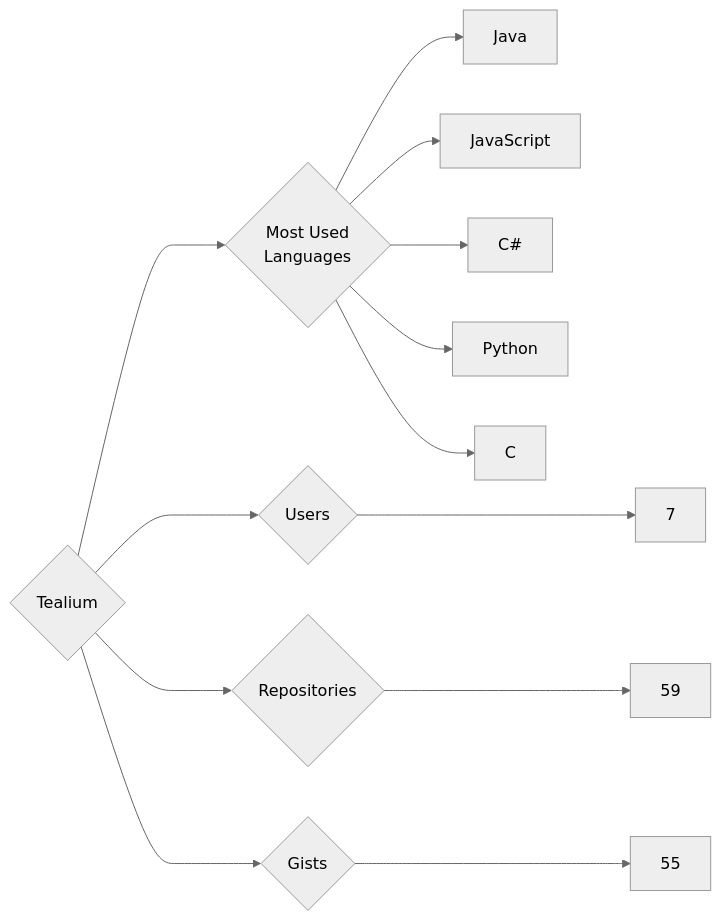
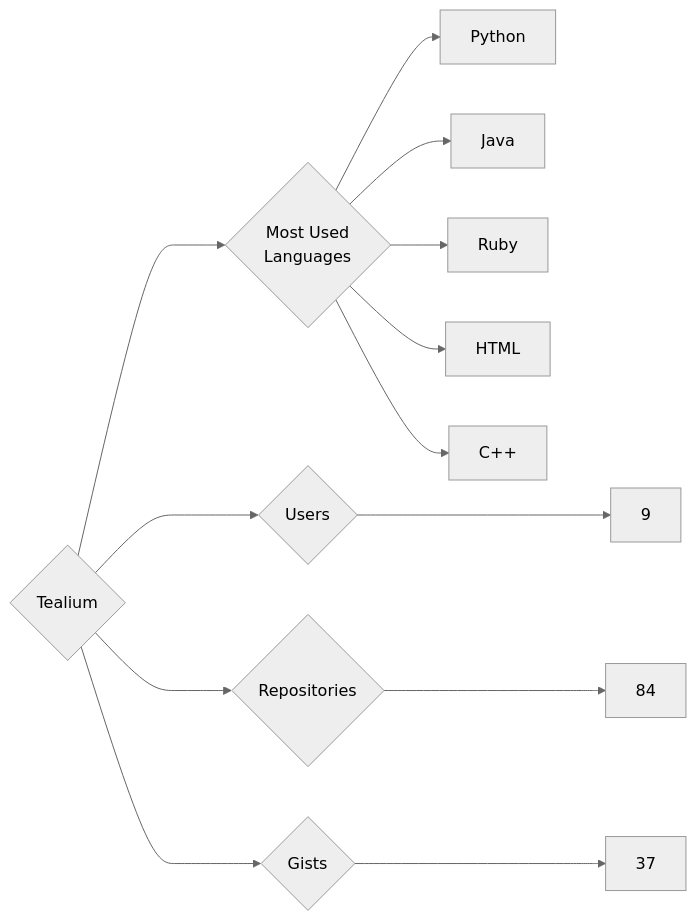
Before and after one commit to trickest/insiders: the diagram in targets/Tealium/README.md, drawn with Mermaid (neutral theme). The commit also changed 965 other files, not shown here.

````diff
--- a/targets/Tealium/README.md
+++ b/targets/Tealium/README.md
@@ -3,13 +3,13 @@
 ```mermaid
 graph LR
 COMPANY_NAME{Tealium}
-COMPANY_NAME ---> U{Users} ---> UN[7]
-COMPANY_NAME ---> R{Repositories} ---> RN[59]
-COMPANY_NAME ---> G{Gists} ---> GN[55]
+COMPANY_NAME ---> U{Users} ---> UN[9]
+COMPANY_NAME ---> R{Repositories} ---> RN[84]
+COMPANY_NAME ---> G{Gists} ---> GN[37]
 COMPANY_NAME ---> ML{Most Used<br>Languages}
+ML --> Python[Python]
 ML --> Java[Java]
-ML --> JavaScript[JavaScript]
-ML --> C#[C#]
-ML --> Python[Python]
-ML --> C[C]
+ML --> Ruby[Ruby]
+ML --> HTML[HTML]
+ML --> C++[C++]
 ```
````
